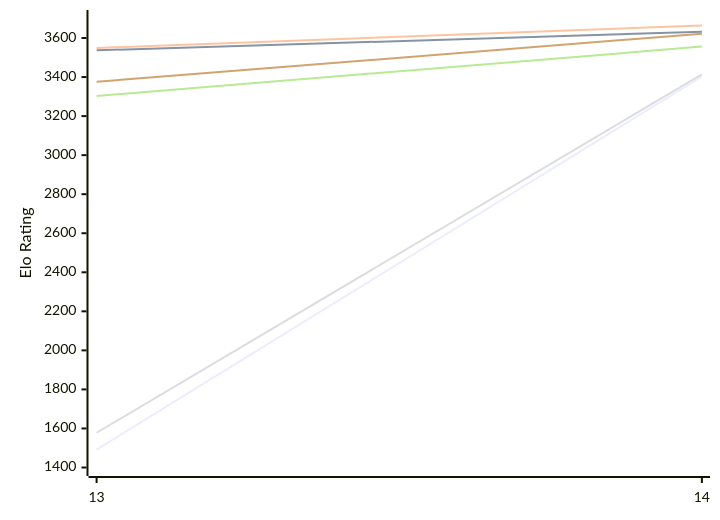
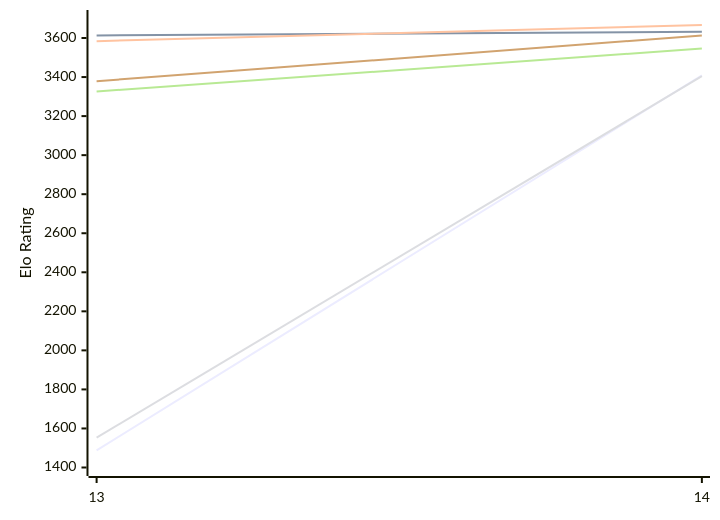
Before and after one commit to computer-chess-index/cci: the first of 2 diagrams in engines/Berserk.md, drawn with Mermaid. The commit also changed other lines of this file, not shown here.

Commit message:
Update CCI Ratings (ELO VLTC) - 2026-11-15

````diff
--- a/engines/Berserk.md
+++ b/engines/Berserk.md
@@ -50,12 +50,12 @@
 ```mermaid
 %%{init: {"theme":"base","themeVariables":{"seriesColors:['#a3a3a3','#222221','#faa371']}}}%%
 xychart-beta
   x-axis ["13", "14"]
   y-axis "Elo Rating" 1400 --> 3700
-  line "E1: STC (8.0+0.08s)" [1492, 3403]
-  line "E1: LTC (60.0+0.60s)" [3537, 3632]
-  line "E1: VLTC (2m24s+1.12s)" [3549, 3664]
-  line "P1: STC (8.0+0.08s)" [1578, 3414]
-  line "P1: LTC (60.0+0.60s)" [3303, 3556]
-  line "P1: VLTC (2m24s+1.12s)" [3376, 3622]
+  line "E1: STC (8.0+0.08s)" [1488, 3409]
+  line "E1: LTC (60.0+0.60s)" [3613, 3632]
+  line "E1: VLTC (2m24s+1.12s)" [3584, 3667]
+  line "P1: STC (8.0+0.08s)" [1553, 3405]
+  line "P1: LTC (60.0+0.60s)" [3326, 3546]
+  line "P1: VLTC (2m24s+1.12s)" [3379, 3613]
 ```
````
